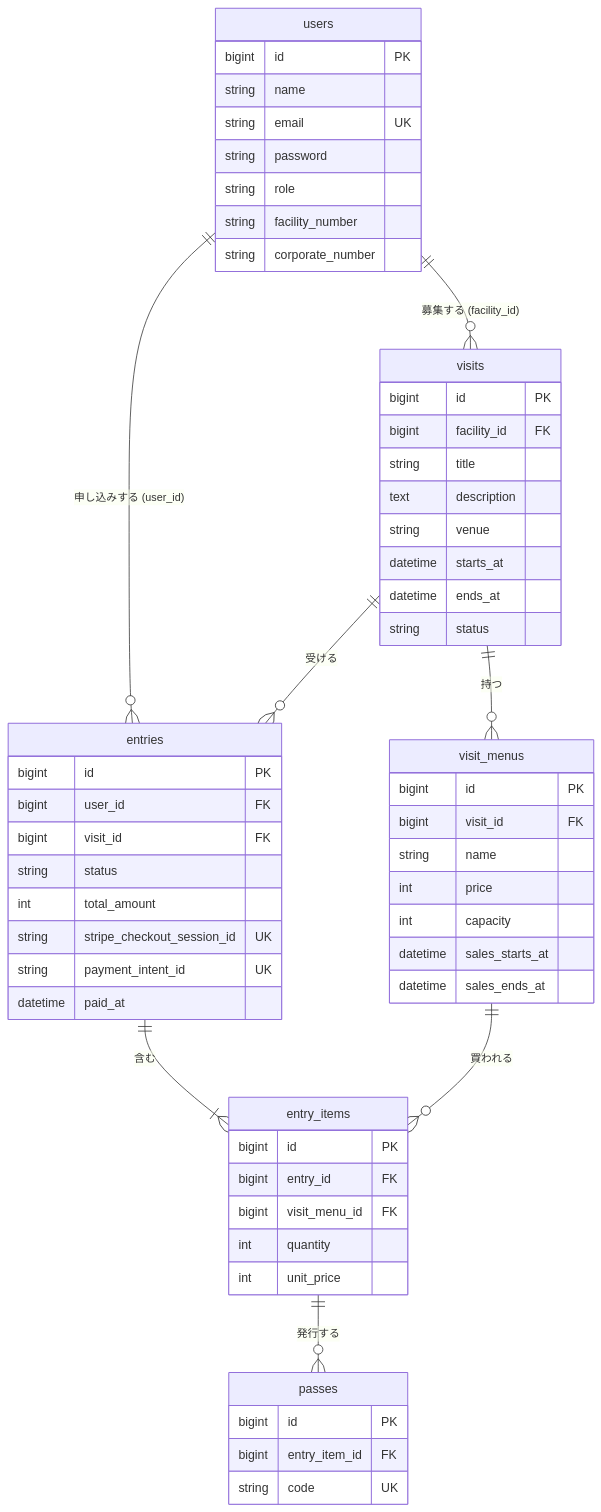
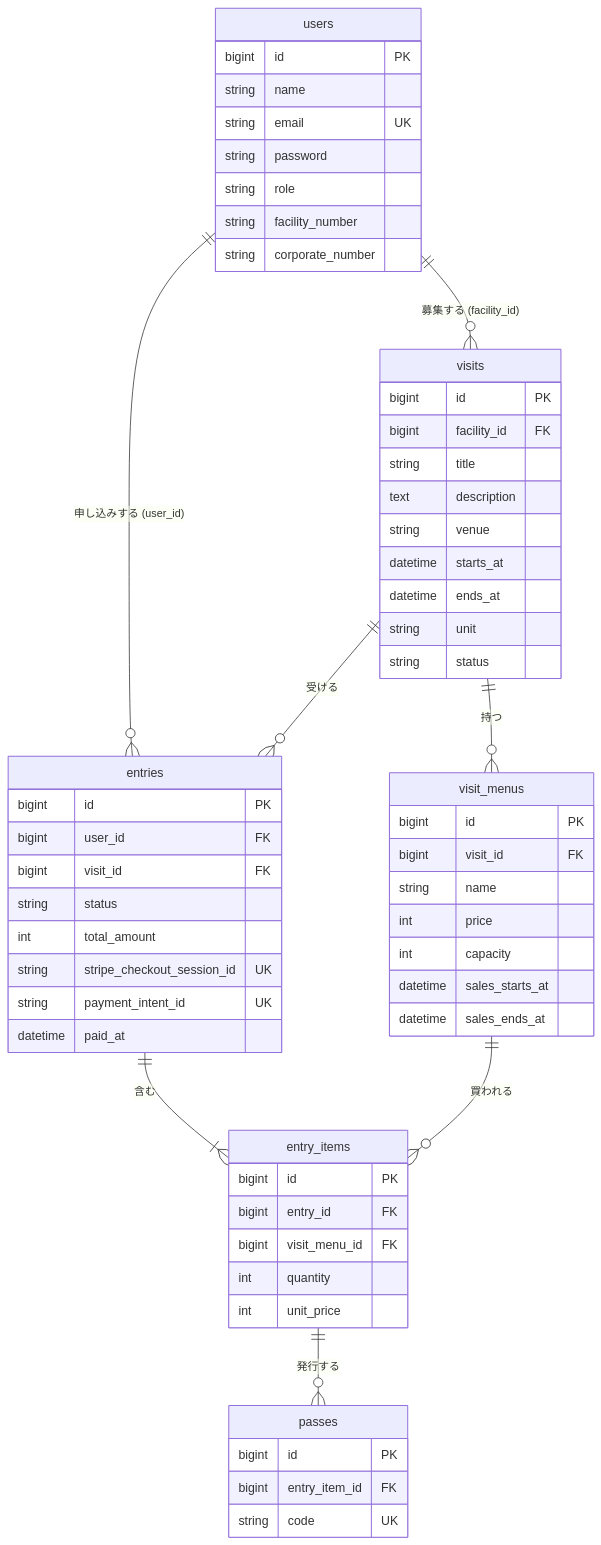
The diagram in doc/design/database.md (makiyok/myapp), drawn with Mermaid before and after one commit. The commit also changed other lines of this file and 17 other files, not shown here.

````diff
--- a/doc/design/database.md
+++ b/doc/design/database.md
@@ -8,61 +8,62 @@
 ```mermaid
 erDiagram
     users ||--o{ visits : "募集する (facility_id)"
     users ||--o{ entries : "申し込みする (user_id)"
     visits ||--o{ visit_menus : "持つ"
     visits ||--o{ entries : "受ける"
     entries ||--|{ entry_items : "含む"
     visit_menus ||--o{ entry_items : "買われる"
     entry_items ||--o{ passes : "発行する"
 
     users {
         bigint id PK
         string name
         string email UK
         string password
         string role
         string facility_number
         string corporate_number
     }
     visits {
         bigint id PK
         bigint facility_id FK
         string title
         text description
         string venue
         datetime starts_at
         datetime ends_at
+        string unit
         string status
     }
     visit_menus {
         bigint id PK
         bigint visit_id FK
         string name
         int price
         int capacity
         datetime sales_starts_at
         datetime sales_ends_at
     }
     entries {
         bigint id PK
         bigint user_id FK
         bigint visit_id FK
         string status
         int total_amount
         string stripe_checkout_session_id UK
         string payment_intent_id UK
         datetime paid_at
     }
     entry_items {
         bigint id PK
         bigint entry_id FK
         bigint visit_menu_id FK
         int quantity
         int unit_price
     }
     passes {
         bigint id PK
         bigint entry_item_id FK
         string code UK
     }
 ```
````
